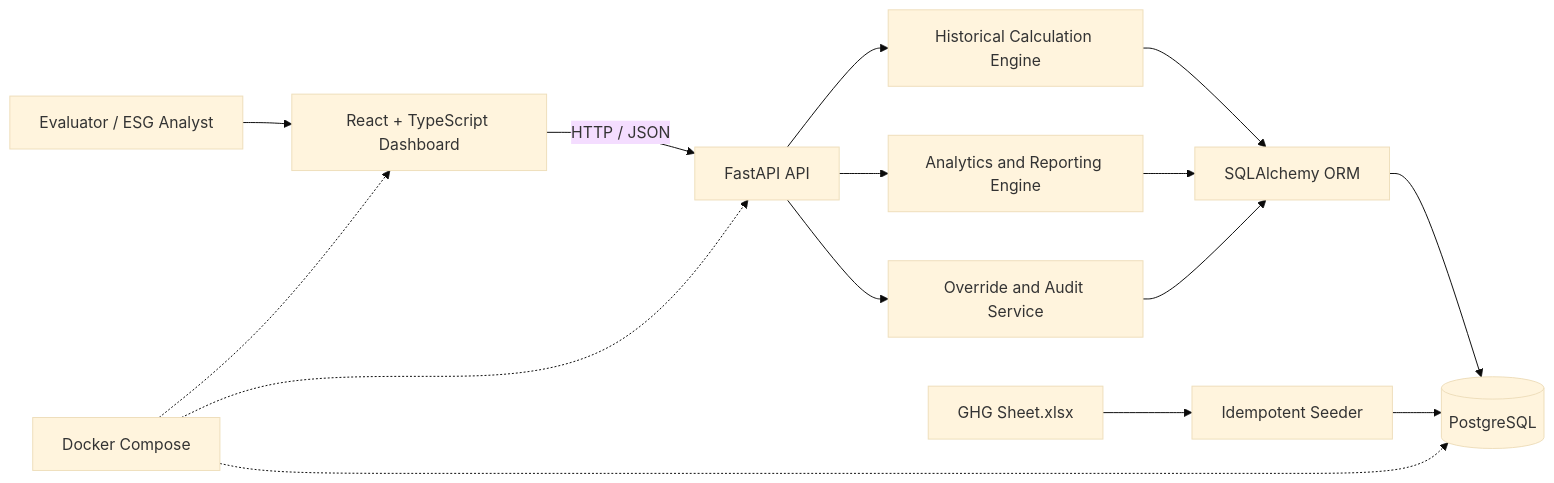
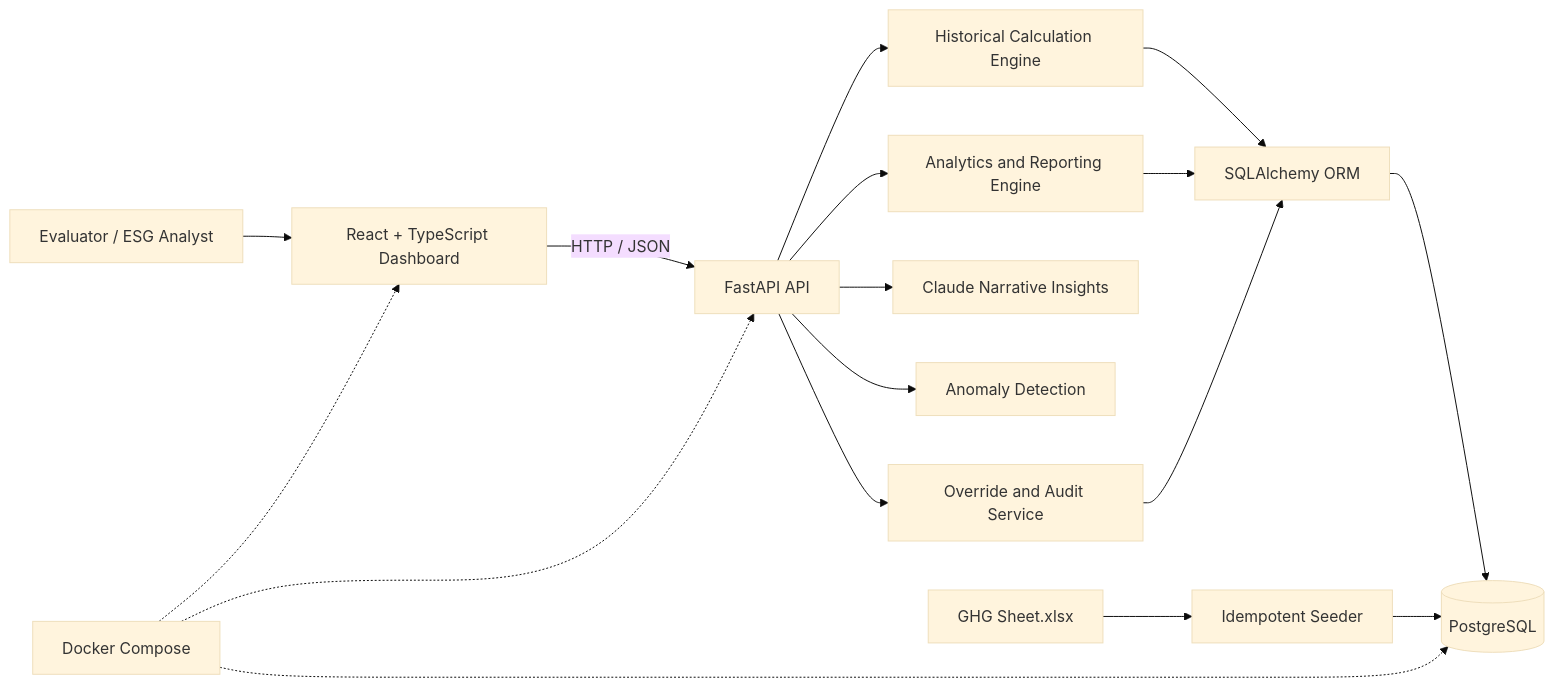
Before and after one commit to Redhair-Shannks/Carbon-Emissions: the diagram in README.md, drawn with Mermaid (base theme). The commit also changed other lines of this file and 22 other files, not shown here.

Commit message:
feat: add AI insights anomaly detection and final submission polish

````diff
--- a/README.md
+++ b/README.md
@@ -15,17 +28,19 @@
 ```mermaid
 flowchart LR
   U["Evaluator / ESG Analyst"] --> F["React + TypeScript Dashboard"]
   F -->|"HTTP / JSON"| A["FastAPI API"]
   A --> C["Historical Calculation Engine"]
   A --> R["Analytics and Reporting Engine"]
+  A --> AI["Claude Narrative Insights"]
+  A --> X["Anomaly Detection"]
   A --> O["Override and Audit Service"]
   C --> S["SQLAlchemy ORM"]
   R --> S
   O --> S
   S --> P[("PostgreSQL")]
   W["GHG Sheet.xlsx"] --> I["Idempotent Seeder"]
   I --> P
   D["Docker Compose"] -.-> F
   D -.-> A
   D -.-> P
 ```
````
